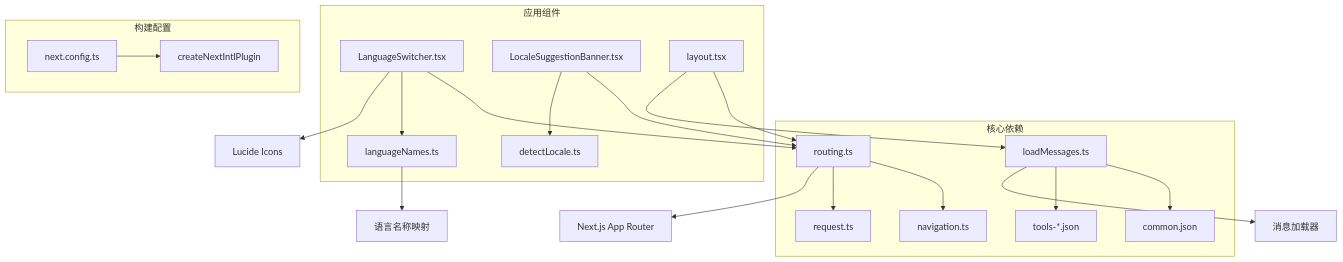
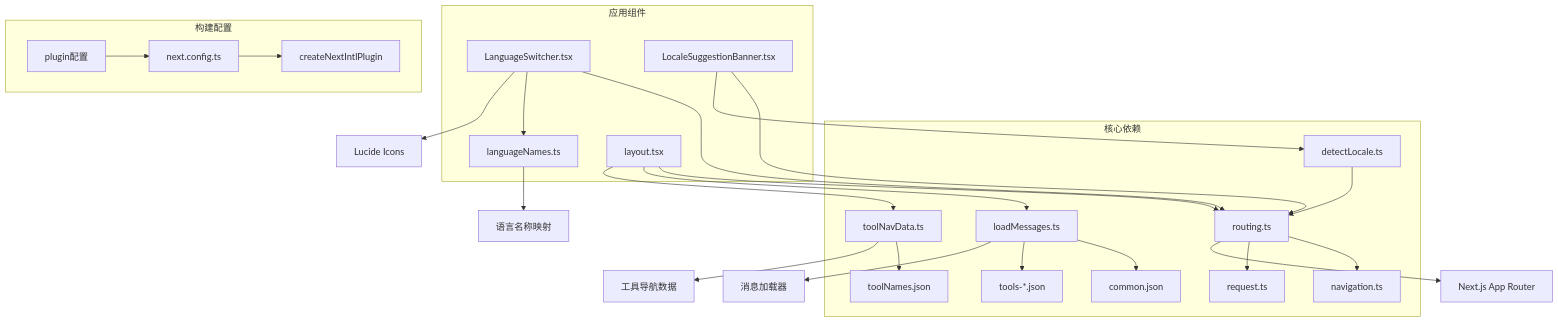
Before and after one commit to sgyy/privadeck: diagram 12 of 12 in .qoder/repowiki/zh/content/国际化实现/国际化实现.md, drawn with Mermaid. The commit also changed other lines of this file and 10 other files, not shown here.

````diff
--- a/.qoder/repowiki/zh/content/国际化实现/国际化实现.md
+++ b/.qoder/repowiki/zh/content/国际化实现/国际化实现.md
@@ -409,24 +510,29 @@
 ```mermaid
 graph TB
 subgraph "核心依赖"
 A[routing.ts] --> B[navigation.ts]
 A --> C[request.ts]
 D[loadMessages.ts] --> E[common.json]
 D --> F[tools-*.json]
+G[toolNavData.ts] --> H[toolNames.json]
+I[detectLocale.ts] --> A
 end
 subgraph "应用组件"
-G[LanguageSwitcher.tsx] --> A
-G --> H[languageNames.ts]
-I[LocaleSuggestionBanner.tsx] --> A
-I --> J[detectLocale.ts]
-K[layout.tsx] --> A
-K --> D
+J[LanguageSwitcher.tsx] --> A
+J --> K[languageNames.ts]
+L[LocaleSuggestionBanner.tsx] --> A
+L --> I
+M[layout.tsx] --> A
+M --> D
+M --> G
 end
 subgraph "构建配置"
-L[next.config.ts] --> M[createNextIntlPlugin]
+N[next.config.ts] --> O[createNextIntlPlugin]
+P[plugin配置] --> N
 end
-A --> N[Next.js App Router]
-D --> O[消息加载器]
-G --> P[Lucide Icons]
-H --> Q[语言名称映射]
+A --> Q[Next.js App Router]
+D --> R[消息加载器]
+G --> S[工具导航数据]
+J --> T[Lucide Icons]
+K --> U[语言名称映射]
 ```
````
